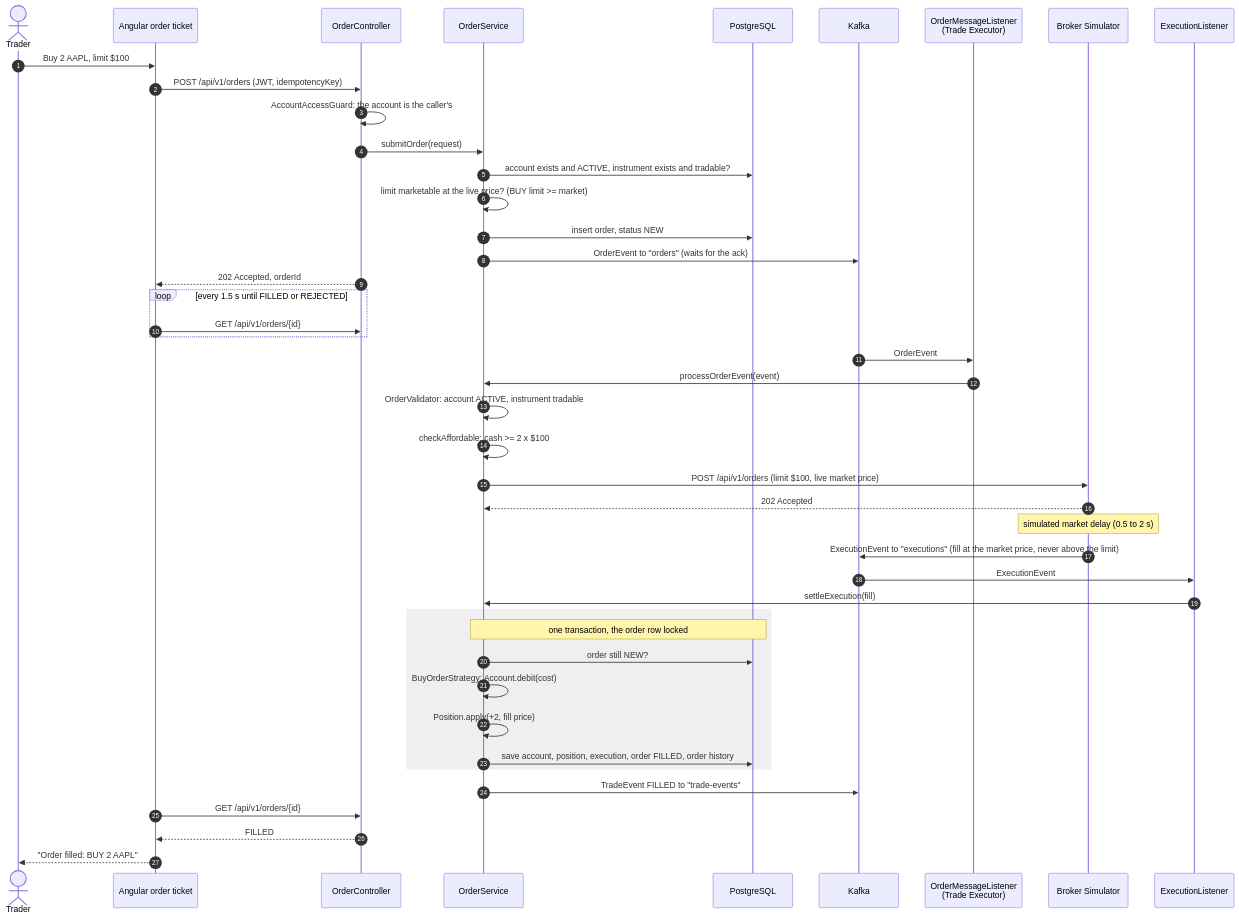
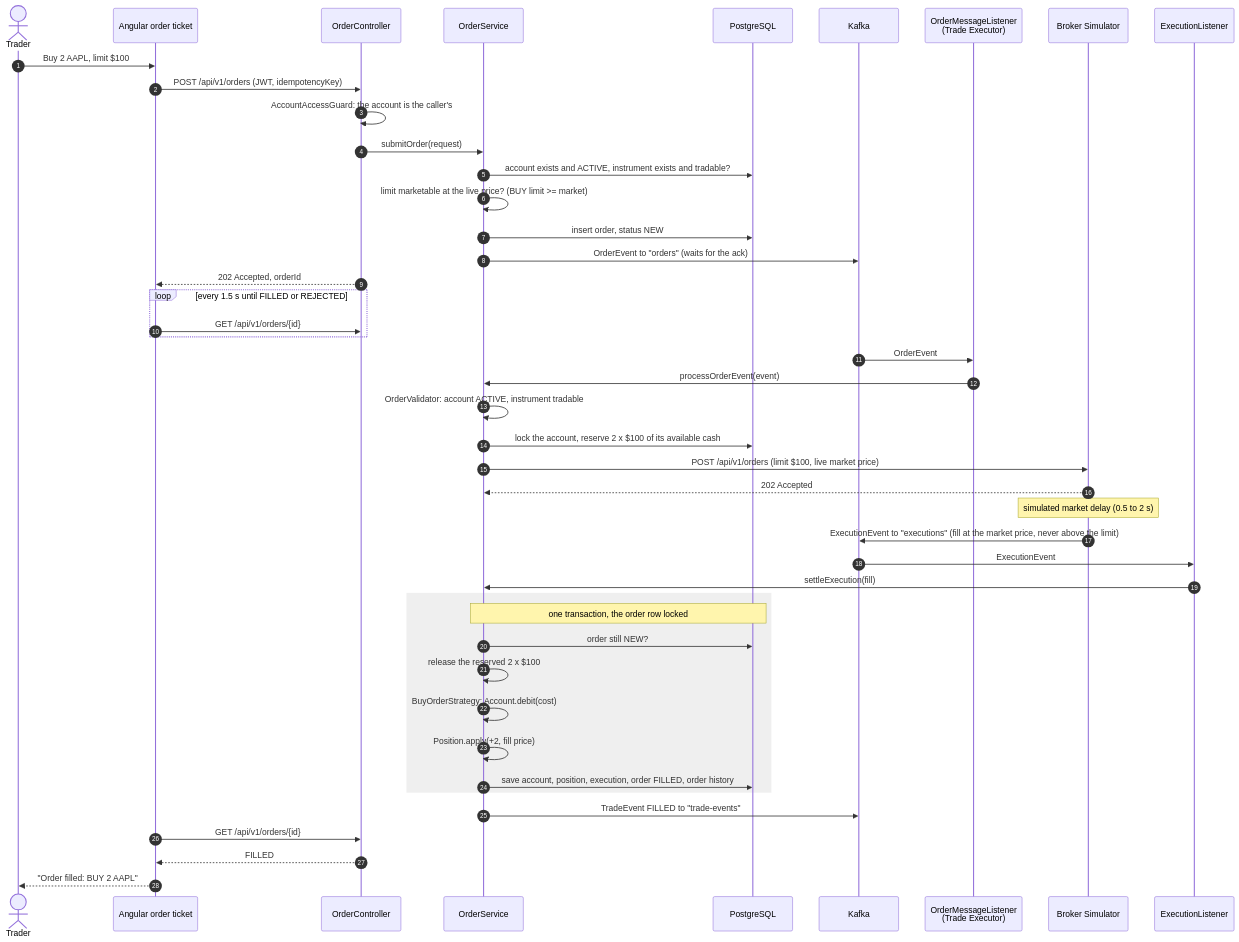
One commit to NathanCarr10/TNS-Capital changed the first of 3 diagrams in docs/diagrams/ORDER-FLOW.md. Above: the diagram before and after it, drawn with Mermaid. The commit also changed other lines of this file and 3 other files, not shown here.

````diff
--- a/docs/diagrams/ORDER-FLOW.md
+++ b/docs/diagrams/ORDER-FLOW.md
@@ -10,49 +10,50 @@
 ```mermaid
 sequenceDiagram
     autonumber
     actor Trader
     participant UI as Angular order ticket
     participant API as OrderController
     participant OS as OrderService
     participant DB as PostgreSQL
     participant K as Kafka
     participant OL as OrderMessageListener<br/>(Trade Executor)
     participant B as Broker Simulator
     participant EL as ExecutionListener
 
     Trader->>UI: Buy 2 AAPL, limit $100
     UI->>API: POST /api/v1/orders (JWT, idempotencyKey)
     API->>API: AccountAccessGuard: the account is the caller's
     API->>OS: submitOrder(request)
     OS->>DB: account exists and ACTIVE, instrument exists and tradable?
     OS->>OS: limit marketable at the live price? (BUY limit >= market)
     OS->>DB: insert order, status NEW
     OS->>K: OrderEvent to "orders" (waits for the ack)
     API-->>UI: 202 Accepted, orderId
     loop every 1.5 s until FILLED or REJECTED
         UI->>API: GET /api/v1/orders/{id}
     end
 
     K->>OL: OrderEvent
     OL->>OS: processOrderEvent(event)
     OS->>OS: OrderValidator: account ACTIVE, instrument tradable
-    OS->>OS: checkAffordable: cash >= 2 x $100
+    OS->>DB: lock the account, reserve 2 x $100 of its available cash
     OS->>B: POST /api/v1/orders (limit $100, live market price)
     B-->>OS: 202 Accepted
     Note over B: simulated market delay (0.5 to 2 s)
     B->>K: ExecutionEvent to "executions" (fill at the market price, never above the limit)
 
     K->>EL: ExecutionEvent
     EL->>OS: settleExecution(fill)
     rect rgba(127, 127, 127, 0.12)
         Note over OS,DB: one transaction, the order row locked
         OS->>DB: order still NEW?
+        OS->>OS: release the reserved 2 x $100
         OS->>OS: BuyOrderStrategy: Account.debit(cost)
         OS->>OS: Position.apply(+2, fill price)
         OS->>DB: save account, position, execution, order FILLED, order history
     end
     OS->>K: TradeEvent FILLED to "trade-events"
     UI->>API: GET /api/v1/orders/{id}
     API-->>UI: FILLED
     UI-->>Trader: "Order filled: BUY 2 AAPL"
 ```
````
